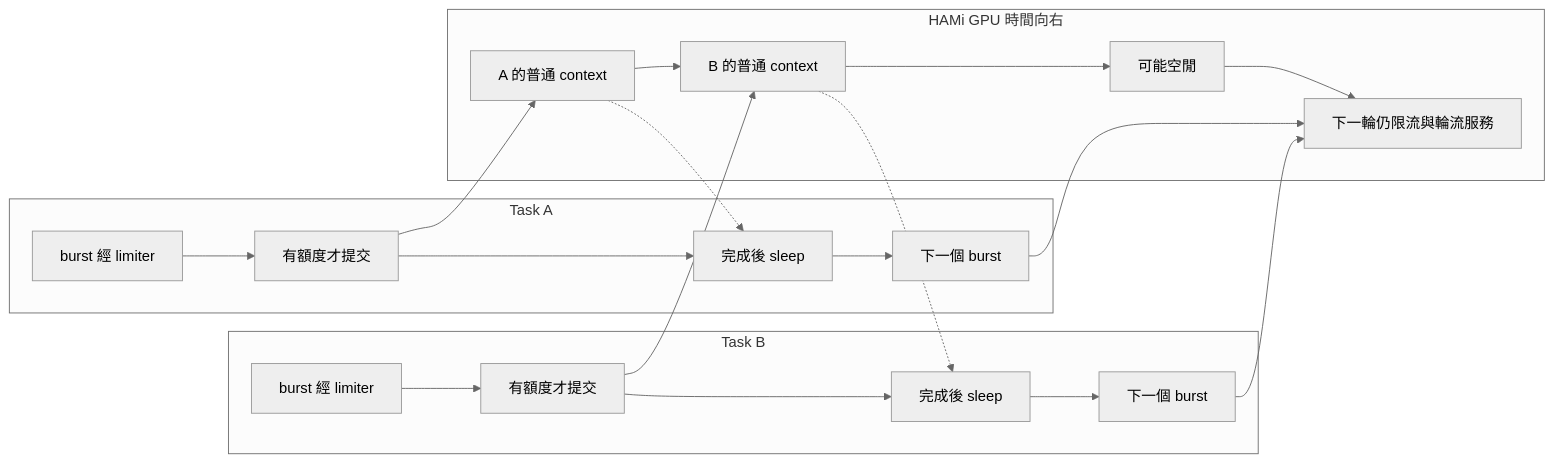
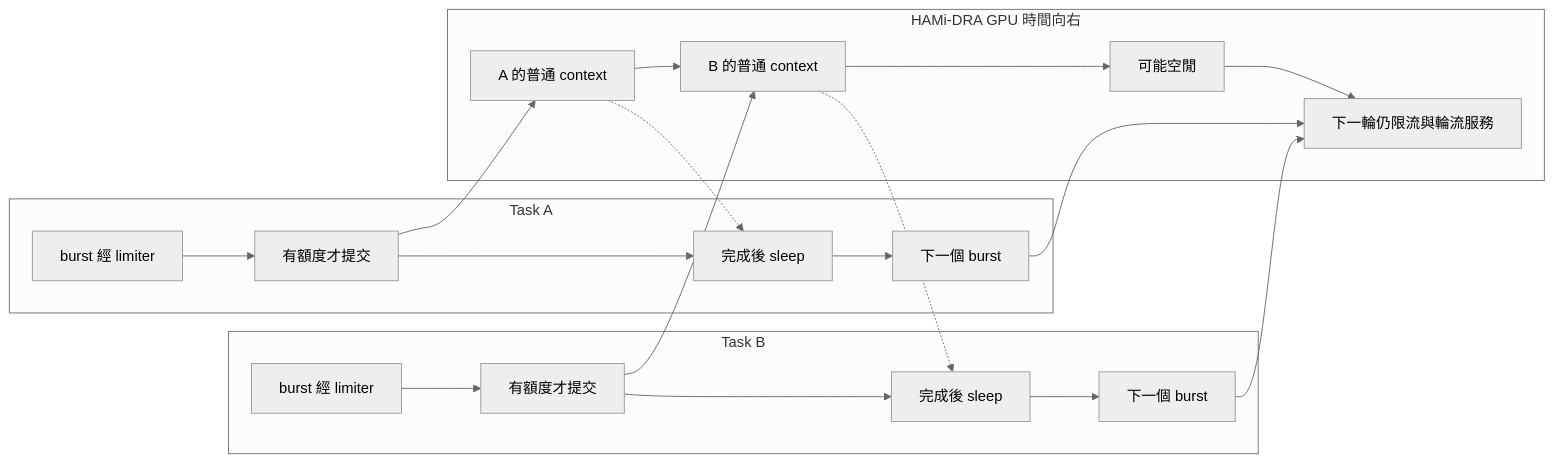
Before and after one commit to Daniel77871/dra-gpu-sharing-in-practice: the fourth of 5 diagrams in book/05-performance/README.md, drawn with Mermaid (neutral theme). The commit also changed other lines of this file and 28 other files, not shown here.

````diff
--- a/book/05-performance/README.md
+++ b/book/05-performance/README.md
@@ -92,18 +92,18 @@
 ```mermaid
 flowchart LR
   subgraph HA["Task A"]
     A0["burst 經 limiter"] --> A1["有額度才提交"] --> A2["完成後 sleep"] --> A3["下一個 burst"]
   end
   subgraph HB["Task B"]
     B0["burst 經 limiter"] --> B1["有額度才提交"] --> B2["完成後 sleep"] --> B3["下一個 burst"]
   end
-  subgraph HG["HAMi GPU 時間向右"]
+  subgraph HG["HAMi-DRA GPU 時間向右"]
     G1["A 的普通 context"] --> G2["B 的普通 context"] --> G3["可能空閒"] --> G4["下一輪仍限流與輪流服務"]
   end
   A1 --> G1
   B1 --> G2
   G1 -.-> A2
   G2 -.-> B2
   A3 --> G4
   B3 --> G4
 ```
````
